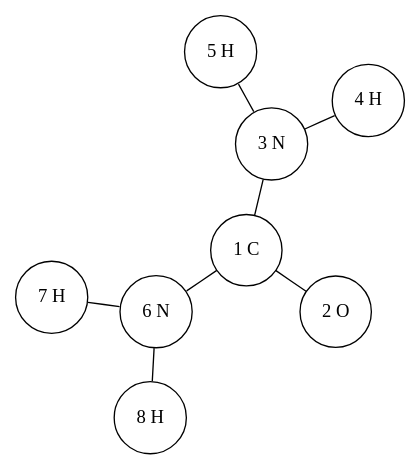
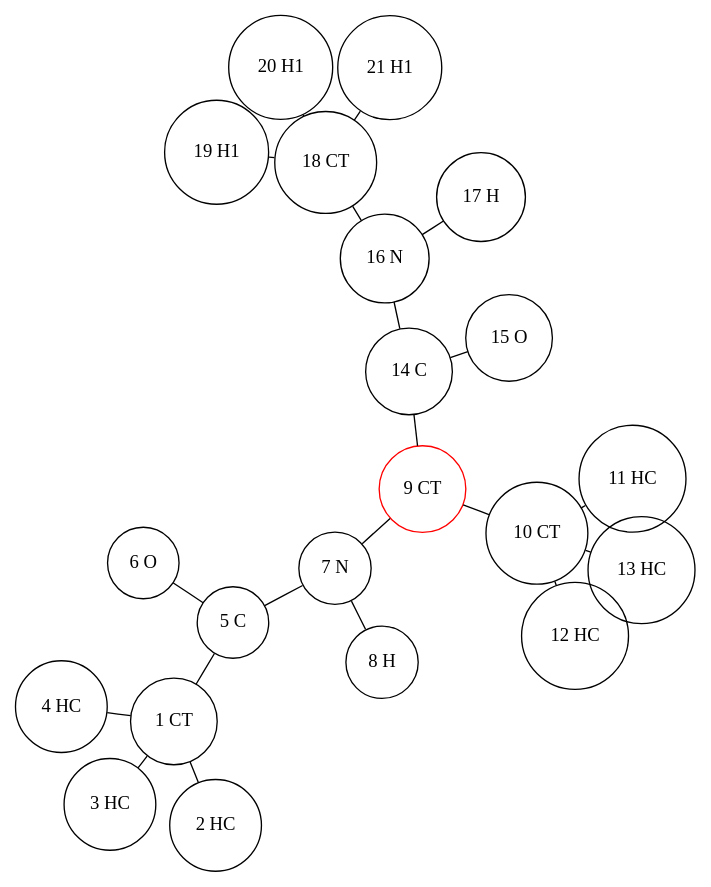
The diagram in guide/explanation/ala-top.dot (graeter-group/kimmdy), drawn with Graphviz before and after one commit. The commit also changed 98 other files, not shown here.

```diff
--- a/guide/explanation/ala-top.dot
+++ b/guide/explanation/ala-top.dot
@@ -1,13 +1,29 @@
 
         graph G {
           layout=neato
           overlap=true
           node [shape="circle"]
-    "1 C"  -- "2 O" ;
-"1 C"  -- "3 N" ;
-"1 C"  -- "6 N" ;
-"3 N"  -- "4 H" ;
-"3 N"  -- "5 H" ;
-"6 N"  -- "7 H" ;
-"6 N"  -- "8 H" ;
+    "1 CT"  -- "2 HC" ;
+"1 CT"  -- "3 HC" ;
+"1 CT"  -- "4 HC" ;
+"1 CT"  -- "5 C" ;
+"5 C"  -- "6 O" ;
+"5 C"  -- "7 N" ;
+"7 N"  -- "8 H" ;
+"7 N"  -- "9 CT" ;
+"9 CT"  [color="red"]
+"9 CT"  -- "10 CT" ;
+"9 CT"  [color="red"]
+"9 CT"  -- "14 C" ;
+"9 CT"  [color="red"]
+"10 CT"  -- "11 HC" ;
+"10 CT"  -- "12 HC" ;
+"10 CT"  -- "13 HC" ;
+"14 C"  -- "15 O" ;
+"14 C"  -- "16 N" ;
+"16 N"  -- "17 H" ;
+"16 N"  -- "18 CT" ;
+"18 CT"  -- "19 H1" ;
+"18 CT"  -- "20 H1" ;
+"18 CT"  -- "21 H1" ;
         }
```
